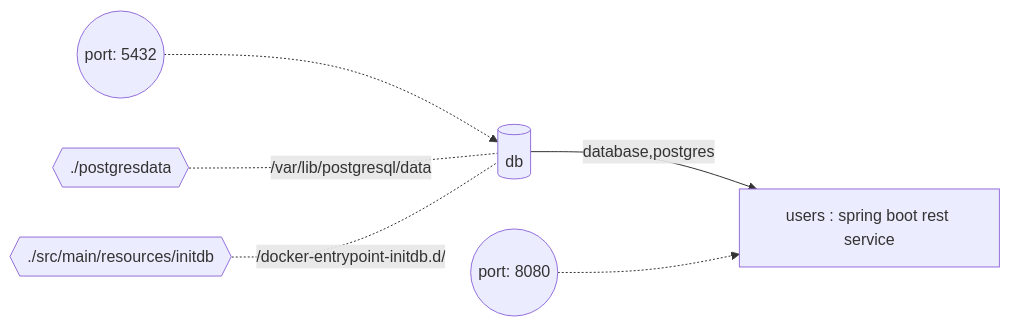
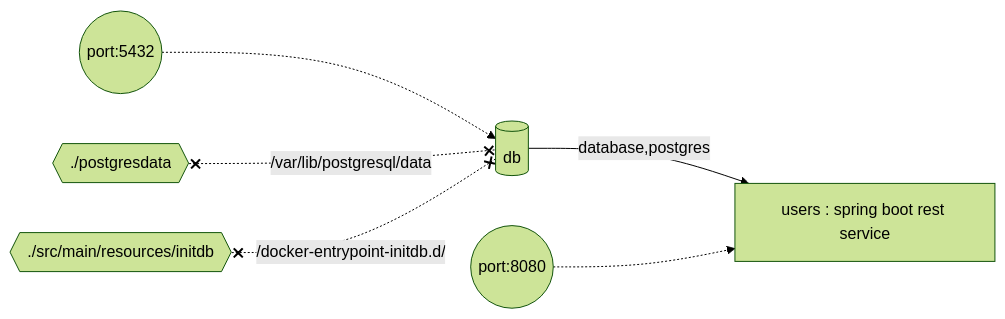
One commit to marcusblackhall/userservice changed the diagram in readme.md. Above: the diagram before and after it, drawn with Mermaid.

Commit message:
Change theme on mermaid flowchart to forest

````diff
--- a/readme.md
+++ b/readme.md
@@ -80,9 +80,10 @@
 ```mermaid
+%%{init: {'theme':'forest'}}%%
 flowchart LR
   db[(db)] --> |database,postgres |users
-  port1((port: 8080)) .-> users
-  port2((port: 5432)) .-> db
-  volume1{{./postgresdata}}  -.-|/var/lib/postgresql/data| db
-  volume2{{./src/main/resources/initdb}}    -.-|/docker-entrypoint-initdb.d/| db
+  port1((port:8080)) .-> users
+  port2((port:5432)) .-> db
+  volume1{{./postgresdata}}  x-.-x|/var/lib/postgresql/data| db
+  volume2{{./src/main/resources/initdb}}    x-.-x|/docker-entrypoint-initdb.d/| db
   users[users : spring boot rest service]
 ```
````
